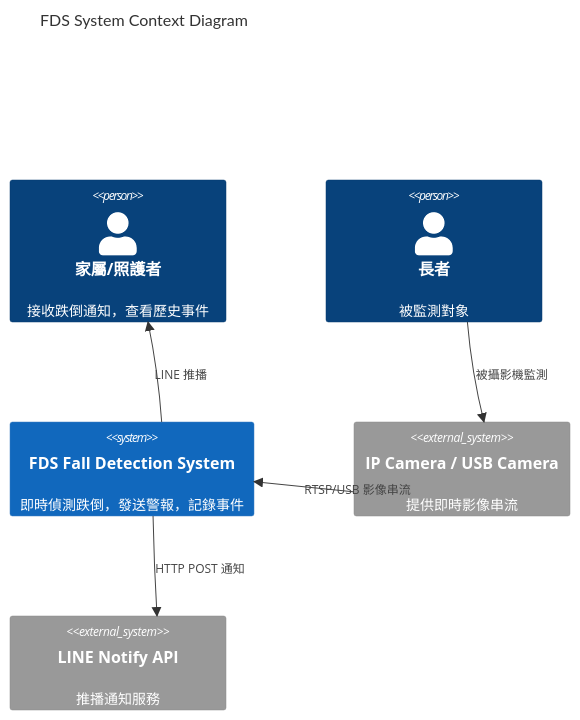
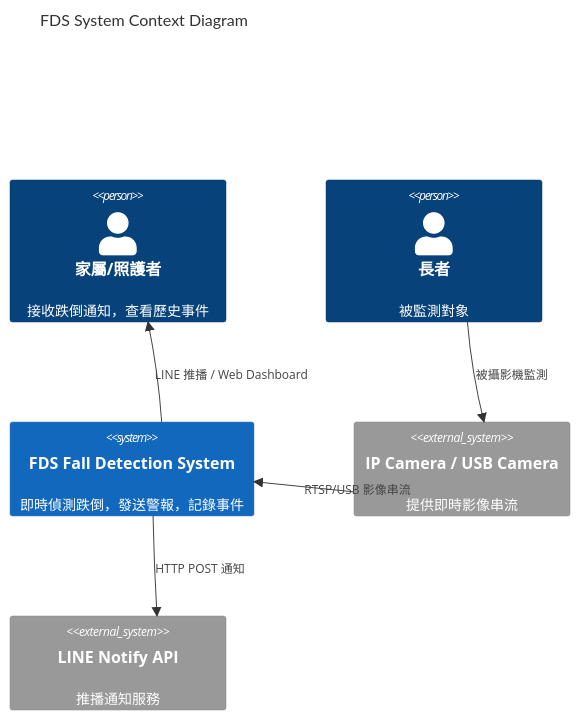
Before and after one commit to kionce57/FDS: the third of 10 diagrams in docs/ARCHITECTURE.md, drawn with Mermaid. The commit also changed other lines of this file and 4 other files, not shown here.

First line of the commit message:
docs: add dual-pipeline architecture and future design drafts

````diff
--- a/docs/ARCHITECTURE.md
+++ b/docs/ARCHITECTURE.md
@@ -32,17 +216,17 @@
 ```mermaid
 C4Context
     title FDS System Context Diagram
 
     Person(user, "家屬/照護者", "接收跌倒通知，查看歷史事件")
     Person(elderly, "長者", "被監測對象")
 
     System(fds, "FDS Fall Detection System", "即時偵測跌倒，發送警報，記錄事件")
 
     System_Ext(camera, "IP Camera / USB Camera", "提供即時影像串流")
     System_Ext(line, "LINE Notify API", "推播通知服務")
 
     Rel(camera, fds, "RTSP/USB 影像串流")
     Rel(fds, line, "HTTP POST 通知")
-    Rel(fds, user, "LINE 推播")
+    Rel(fds, user, "LINE 推播 / Web Dashboard")
     Rel(elderly, camera, "被攝影機監測")
 ```
````
